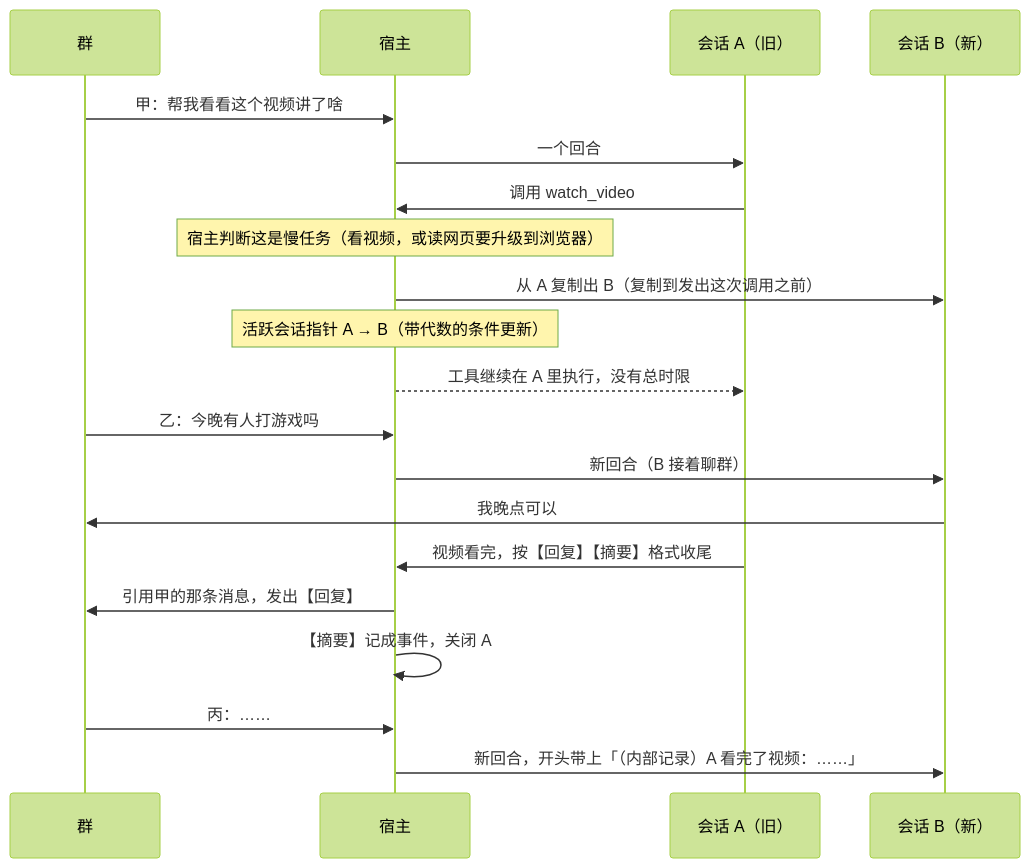
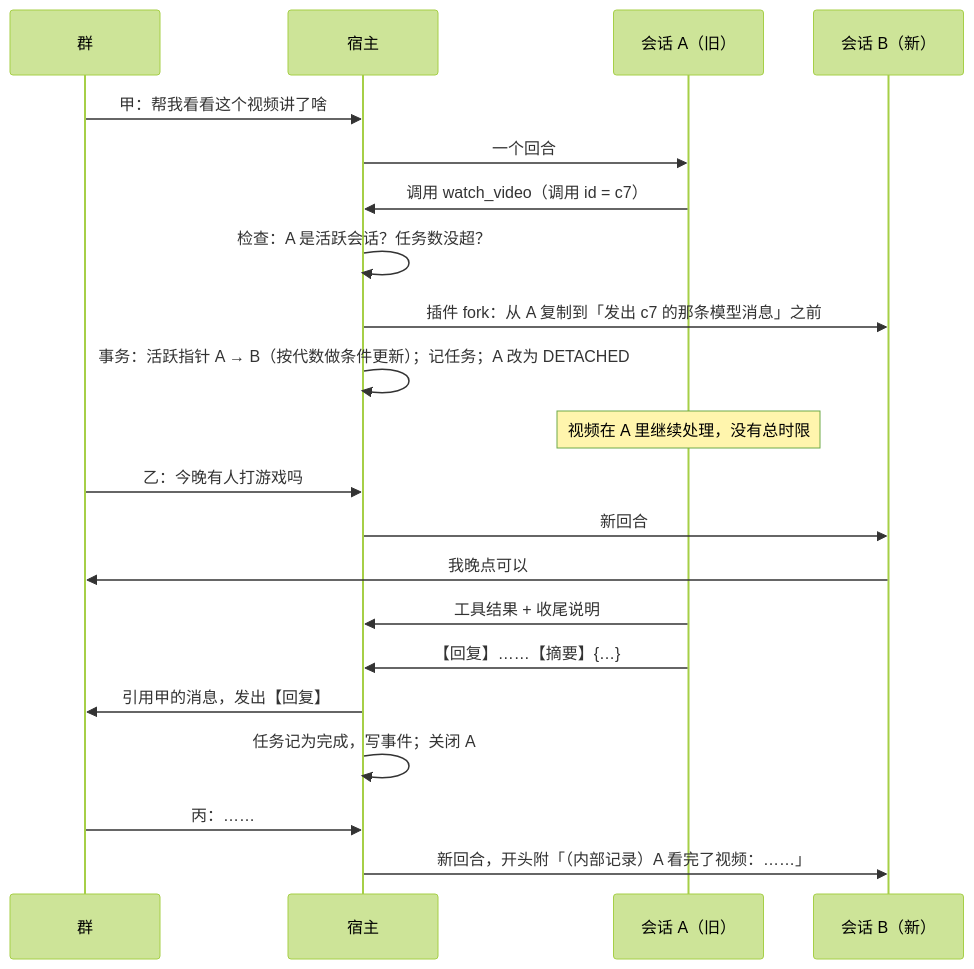
One commit to shioochicqwq/groupmind changed the second of 3 diagrams in docs/overview/architecture.md. Above: the diagram before and after it, drawn with Mermaid (forest theme). The commit also changed other lines of this file and 5 other files, not shown here.

````diff
--- a/docs/overview/architecture.md
+++ b/docs/overview/architecture.md
@@ -210,22 +362,23 @@
 ```mermaid
 sequenceDiagram
     participant G as 群
     participant H as 宿主
     participant A as 会话 A（旧）
     participant B as 会话 B（新）
     G->>H: 甲：帮我看看这个视频讲了啥
     H->>A: 一个回合
-    A->>H: 调用 watch_video
-    Note over H: 宿主判断这是慢任务（看视频，或读网页要升级到浏览器）
-    H->>B: 从 A 复制出 B（复制到发出这次调用之前）
-    Note over H: 活跃会话指针 A → B（带代数的条件更新）
-    H-->>A: 工具继续在 A 里执行，没有总时限
+    A->>H: 调用 watch_video（调用 id = c7）
+    H->>H: 检查：A 是活跃会话？任务数没超？
+    H->>B: 插件 fork：从 A 复制到「发出 c7 的那条模型消息」之前
+    H->>H: 事务：活跃指针 A → B（按代数做条件更新）；记任务；A 改为 DETACHED
+    Note over A: 视频在 A 里继续处理，没有总时限
     G->>H: 乙：今晚有人打游戏吗
-    H->>B: 新回合（B 接着聊群）
+    H->>B: 新回合
     B->>G: 我晚点可以
-    A->>H: 视频看完，按【回复】【摘要】格式收尾
-    H->>G: 引用甲的那条消息，发出【回复】
-    H->>H: 【摘要】记成事件，关闭 A
+    A->>H: 工具结果 + 收尾说明
+    A->>H: 【回复】……【摘要】{…}
+    H->>G: 引用甲的消息，发出【回复】
+    H->>H: 任务记为完成，写事件；关闭 A
     G->>H: 丙：……
-    H->>B: 新回合，开头带上「（内部记录）A 看完了视频：……」
+    H->>B: 新回合，开头附「（内部记录）A 看完了视频：……」
 ```
````
